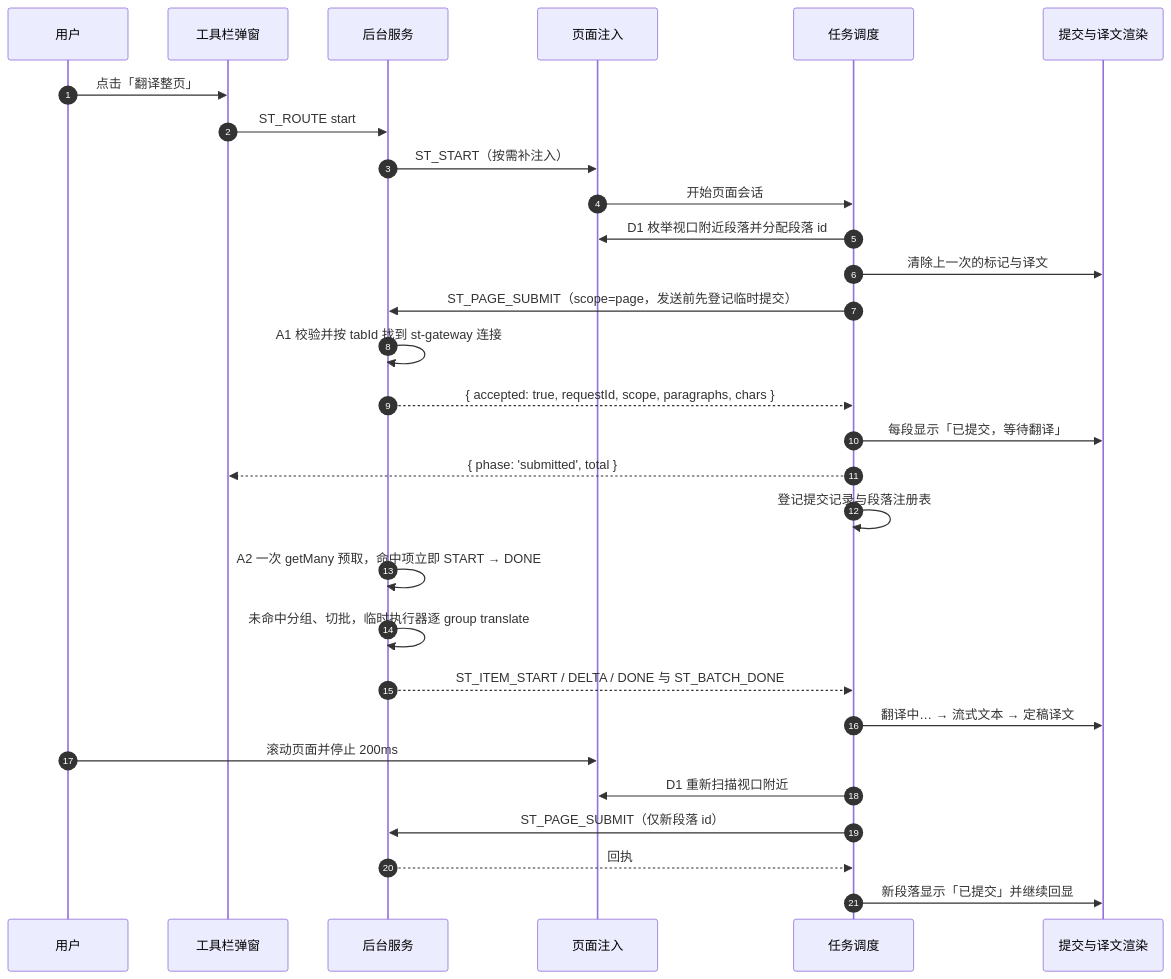
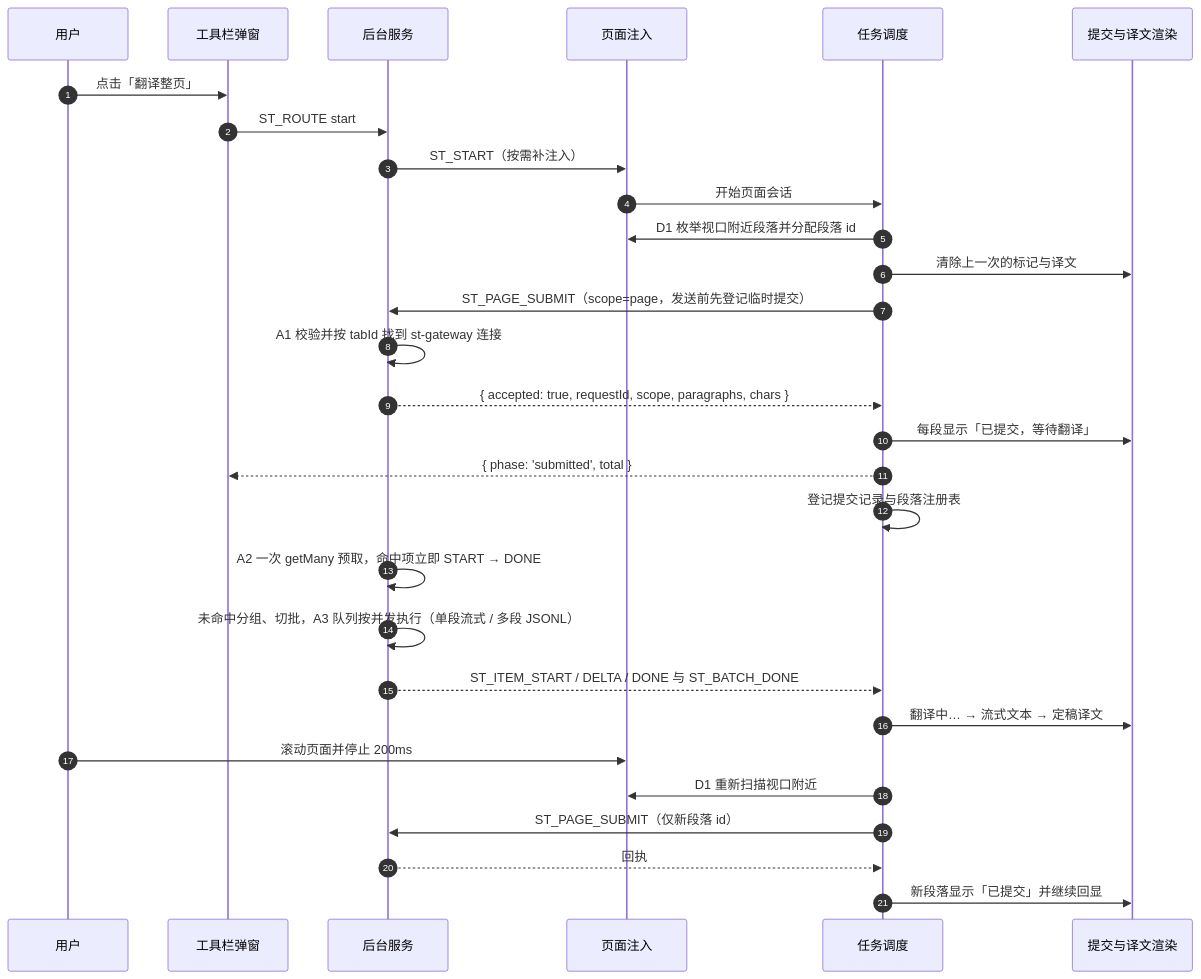
Before and after one commit to xiaochen0517/simpletrans: the fourth of 5 diagrams in docs/项目架构.md, drawn with Mermaid. The commit also changed other lines of this file and 15 other files, not shown here.

````diff
--- a/docs/项目架构.md
+++ b/docs/项目架构.md
@@ -763,31 +765,31 @@
 ```mermaid
 sequenceDiagram
   autonumber
   participant U as 用户
   participant P as 工具栏弹窗
   participant B as 后台服务
   participant C as 页面注入
   participant T as 任务调度
   participant R as 提交与译文渲染
   U->>P: 点击「翻译整页」
   P->>B: ST_ROUTE start
   B->>C: ST_START（按需补注入）
   C->>T: 开始页面会话
   T->>C: D1 枚举视口附近段落并分配段落 id
   T->>R: 清除上一次的标记与译文
   T->>B: ST_PAGE_SUBMIT（scope=page，发送前先登记临时提交）
   B->>B: A1 校验并按 tabId 找到 st-gateway 连接
   B-->>T: { accepted: true, requestId, scope, paragraphs, chars }
   T->>R: 每段显示「已提交，等待翻译」
   T-->>P: { phase: 'submitted', total }
   T->>T: 登记提交记录与段落注册表
   B->>B: A2 一次 getMany 预取，命中项立即 START → DONE
-  B->>B: 未命中分组、切批，临时执行器逐 group translate
+  B->>B: 未命中分组、切批，A3 队列按并发执行（单段流式 / 多段 JSONL）
   B-->>T: ST_ITEM_START / DELTA / DONE 与 ST_BATCH_DONE
   T->>R: 翻译中… → 流式文本 → 定稿译文
   U->>C: 滚动页面并停止 200ms
   T->>C: D1 重新扫描视口附近
   T->>B: ST_PAGE_SUBMIT（仅新段落 id）
   B-->>T: 回执
   T->>R: 新段落显示「已提交」并继续回显
 ```
````
